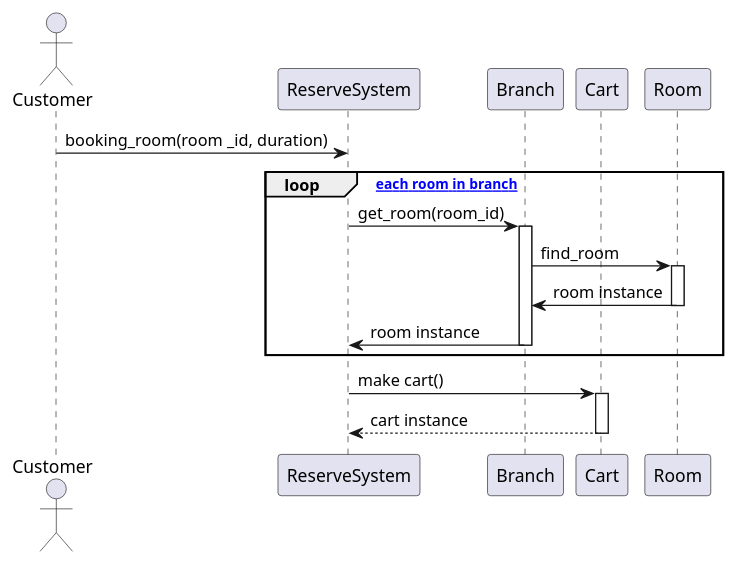
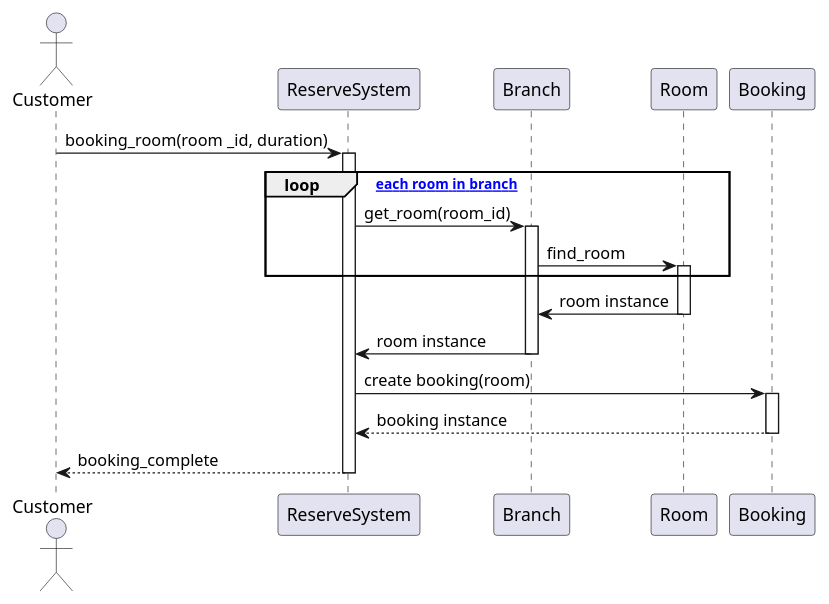
Before and after one commit to pjngth998/RhythmReserve: the diagram in diagram/sequence_diagram/book_practice_room.puml, drawn with PlantUML.

Commit message:
edited book practice

```diff
--- a/diagram/sequence_diagram/book_practice_room.puml
+++ b/diagram/sequence_diagram/book_practice_room.puml
@@ -1,39 +1,39 @@
 @startuml
 actor Customer as C
 participant ReserveSystem as Rs
 participant Branch as Br
-participant Cart as Ct
 participant Room as R
-
+participant Booking as B
 
 
 C -> Rs: booking_room(room _id, duration)
+activate Rs
 loop [for each room in branch]
     Rs -> Br: get_room(room_id)
     activate Br
     Br -> R:find_room
     activate R
-    R -> Br: room instance
-    deactivate R
-    Br -> Rs: room instance
-    deactivate Br
     end
-
-Rs -> Ct: make cart()
-activate Ct
-Ct --> Rs: cart instance
-deactivate Ct
-
+R -> Br: room instance
+deactivate R
+Br -> Rs: room instance
+deactivate Br
+Rs -> B: create booking(room)
+activate B
+B --> Rs:booking instance
+deactivate B
+Rs --> C: booking_complete
+deactivate Rs
 
 
 
 
 
 
 
     
 
 
 
 
 @enduml
```
